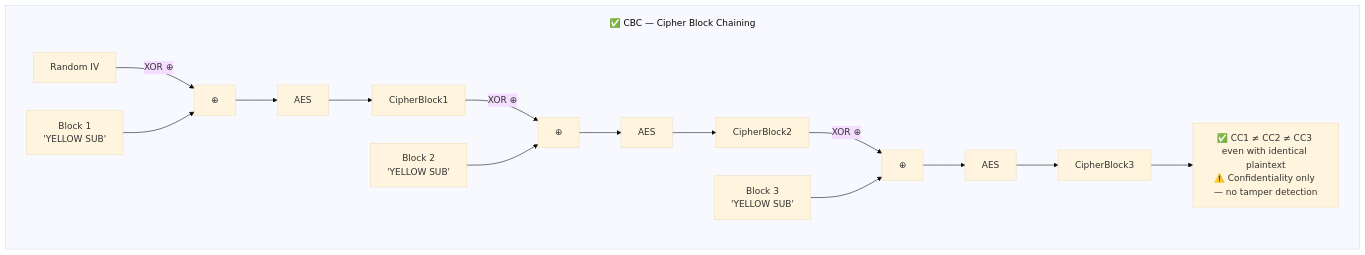
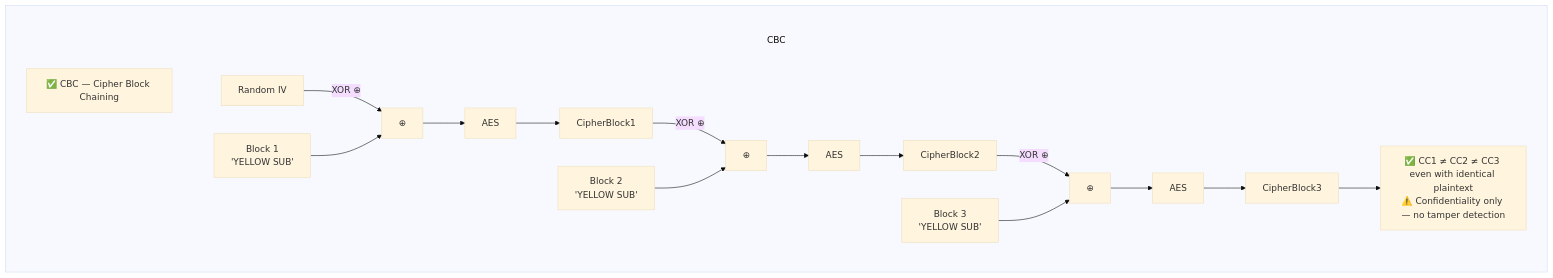
The second of 4 diagrams in src/main/java/security/encryption/modes/README.md (csoares/SecurityJava), drawn with Mermaid (base theme) before and after one commit. The commit also changed other lines of this file and 11 other files, not shown here.

Commit message:
Fix Mermaid subgraph title overlap by moving labels into title nodes Replace subgraph label syntax (which overlaps first node) with explicit title nodes inside each subgraph, connected via invisible edges (~~~). Also increase subGraphTitleMargin top padding from 20 to 50 for extra space.

````diff
--- a/src/main/java/security/encryption/modes/README.md
+++ b/src/main/java/security/encryption/modes/README.md
@@ -29,13 +31,15 @@
 ```mermaid
-%%{init: {'flowchart': {'subGraphTitleMargin': {'top': 20, 'bottom': 5}}}}%%
+%%{init: {'flowchart': {'subGraphTitleMargin': {'top': 50, 'bottom': 10}}}}%%
 flowchart TD
-    subgraph CBC ["✅ CBC — Cipher Block Chaining"]
+    subgraph CBC
+        T_CBC["✅ CBC — Cipher Block Chaining"]
+        T_CBC ~~~ IV1
         IV1["Random IV"] -->|"XOR ⊕"| XOR1["⊕"]
         P4["Block 1<br/>'YELLOW SUB'"] --> XOR1 --> AES4["AES"] --> CC1["CipherBlock1"]
         CC1 -->|"XOR ⊕"| XOR2["⊕"]
         P5["Block 2<br/>'YELLOW SUB'"] --> XOR2 --> AES5["AES"] --> CC2["CipherBlock2"]
         CC2 -->|"XOR ⊕"| XOR3["⊕"]
         P6["Block 3<br/>'YELLOW SUB'"] --> XOR3 --> AES6["AES"] --> CC3["CipherBlock3"]
         CC3 --> FIX["✅ CC1 ≠ CC2 ≠ CC3 even with identical plaintext<br/>⚠️ Confidentiality only — no tamper detection"]
     end
 ```
````
